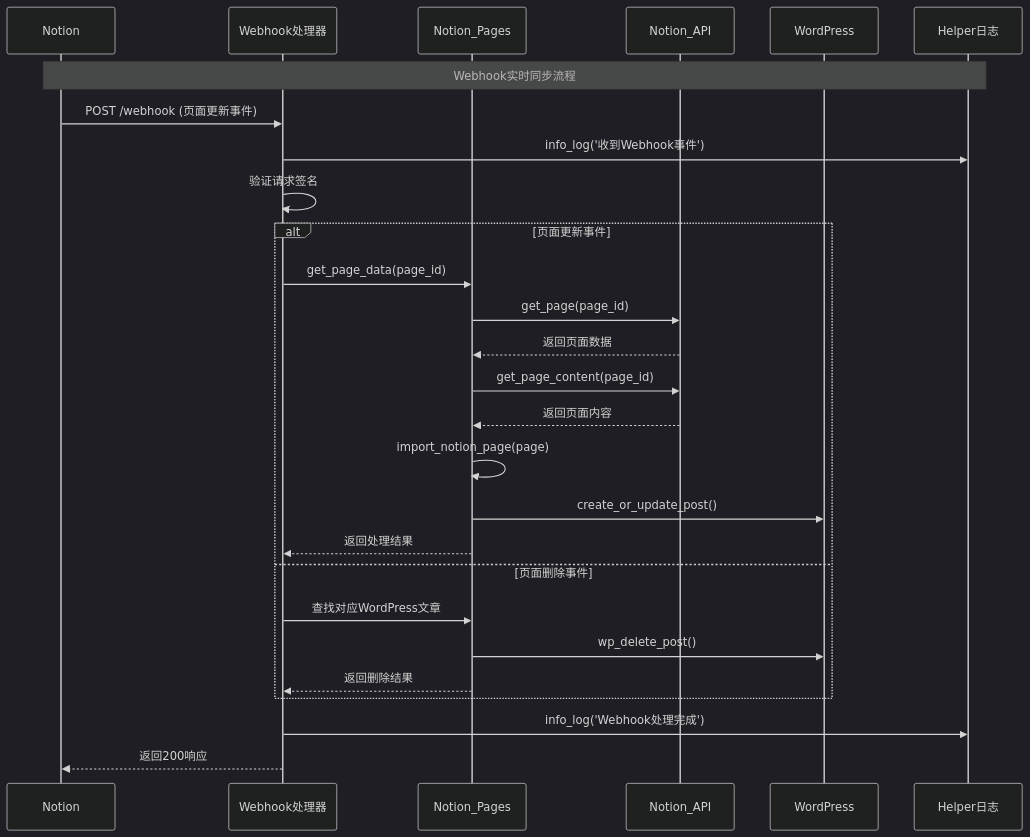
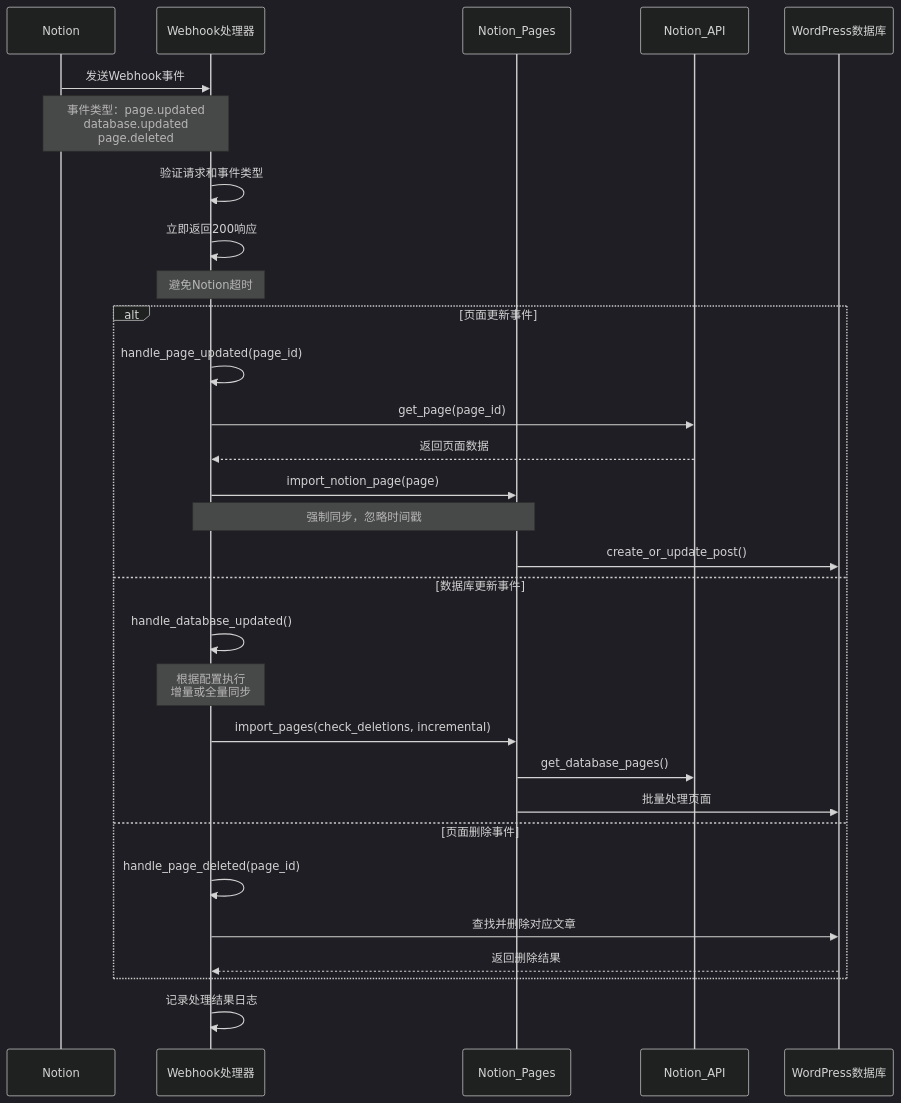
The fourth of 4 diagrams in docs/DEVELOPER_GUIDE-zh_CN.md (Frank-Loong/Notion-to-WordPress), drawn with Mermaid (dark theme) before and after one commit. The commit also changed other lines of this file and 13 other files, not shown here.

````diff
--- a/docs/DEVELOPER_GUIDE-zh_CN.md
+++ b/docs/DEVELOPER_GUIDE-zh_CN.md
@@ -376,32 +273,38 @@
 ```mermaid
 sequenceDiagram
     participant N as Notion
     participant W as Webhook处理器
     participant P as Notion_Pages
     participant API as Notion_API
-    participant WP as WordPress
-    participant H as Helper日志
+    participant WP as WordPress数据库
 
-    Note over N,H: Webhook实时同步流程
-    N->>W: POST /webhook (页面更新事件)
-    W->>H: info_log('收到Webhook事件')
-    W->>W: 验证请求签名
+    N->>W: 发送Webhook事件
+    Note over N,W: 事件类型：page.updated<br/>database.updated<br/>page.deleted
+
+    W->>W: 验证请求和事件类型
+    W->>W: 立即返回200响应
+    Note over W: 避免Notion超时
 
     alt 页面更新事件
-        W->>P: get_page_data(page_id)
-        P->>API: get_page(page_id)
-        API-->>P: 返回页面数据
-        P->>API: get_page_content(page_id)
-        API-->>P: 返回页面内容
-        P->>P: import_notion_page(page)
+        W->>W: handle_page_updated(page_id)
+        W->>API: get_page(page_id)
+        API-->>W: 返回页面数据
+        W->>P: import_notion_page(page)
+        Note over W,P: 强制同步，忽略时间戳
         P->>WP: create_or_update_post()
-        P-->>W: 返回处理结果
+
+    else 数据库更新事件
+        W->>W: handle_database_updated()
+        Note over W: 根据配置执行<br/>增量或全量同步
+        W->>P: import_pages(check_deletions, incremental)
+        P->>API: get_database_pages()
+        P->>WP: 批量处理页面
+
     else 页面删除事件
-        W->>P: 查找对应WordPress文章
-        P->>WP: wp_delete_post()
-        P-->>W: 返回删除结果
+        W->>W: handle_page_deleted(page_id)
+        W->>WP: 查找并删除对应文章
+        WP-->>W: 返回删除结果
     end
 
-    W->>H: info_log('Webhook处理完成')
-    W-->>N: 返回200响应
+    W->>W: 记录处理结果日志
 ```
````
